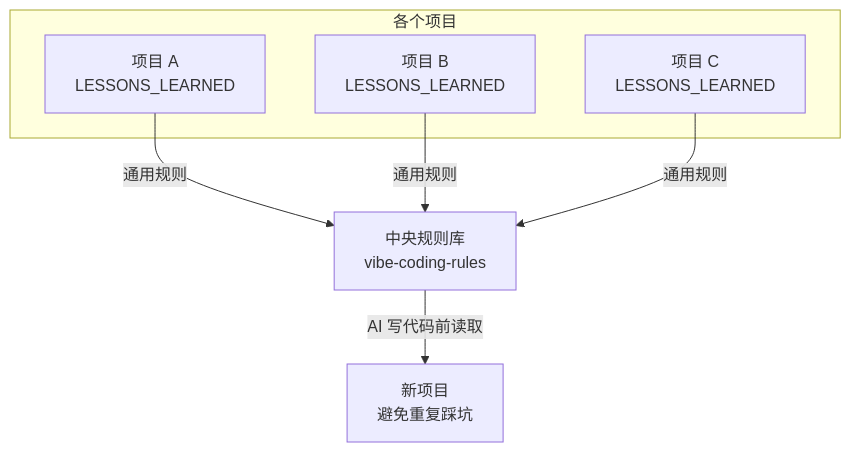
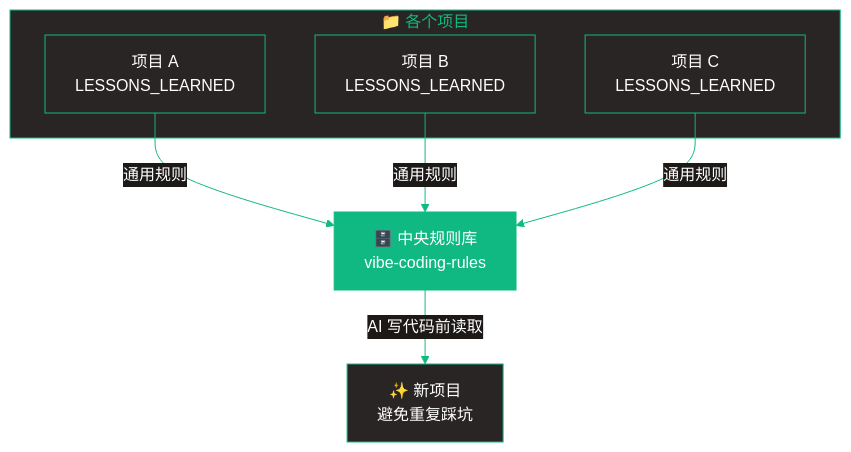
The first of 2 diagrams in README.md (Penny777btc/vibe-coding-rules), drawn with Mermaid before and after one commit. The commit also changed other lines of this file, not shown here.

Commit message:
Apply emerald terminal theme to Mermaid diagrams

````diff
--- a/README.md
+++ b/README.md
@@ -65,16 +65,23 @@
 ```mermaid
+%%{init: {'theme': 'base', 'themeVariables': { 'primaryColor': '#10B981', 'primaryTextColor': '#fff', 'primaryBorderColor': '#10B981', 'lineColor': '#10B981', 'secondaryColor': '#1C1917', 'tertiaryColor': '#292524', 'background': '#1C1917', 'mainBkg': '#1C1917', 'nodeBorder': '#10B981', 'clusterBkg': '#292524', 'clusterBorder': '#10B981', 'titleColor': '#10B981', 'edgeLabelBackground': '#1C1917'}}}%%
 flowchart TB
-    subgraph Projects[各个项目]
-        A[项目 A<br/>LESSONS_LEARNED]
-        B[项目 B<br/>LESSONS_LEARNED]
-        C[项目 C<br/>LESSONS_LEARNED]
+    subgraph Projects[" 📁 各个项目 "]
+        A["项目 A<br/>LESSONS_LEARNED"]
+        B["项目 B<br/>LESSONS_LEARNED"]
+        C["项目 C<br/>LESSONS_LEARNED"]
     end
 
-    A -->|通用规则| Central
-    B -->|通用规则| Central
-    C -->|通用规则| Central
+    A -->|"通用规则"| Central
+    B -->|"通用规则"| Central
+    C -->|"通用规则"| Central
 
-    Central[中央规则库<br/>vibe-coding-rules]
+    Central["🗄️ 中央规则库<br/>vibe-coding-rules"]
 
-    Central -->|AI 写代码前读取| New[新项目<br/>避免重复踩坑]
+    Central -->|"AI 写代码前读取"| New["✨ 新项目<br/>避免重复踩坑"]
+
+    style A fill:#292524,stroke:#10B981,color:#fff
+    style B fill:#292524,stroke:#10B981,color:#fff
+    style C fill:#292524,stroke:#10B981,color:#fff
+    style Central fill:#10B981,stroke:#10B981,color:#fff
+    style New fill:#292524,stroke:#10B981,color:#fff
 ```
````
